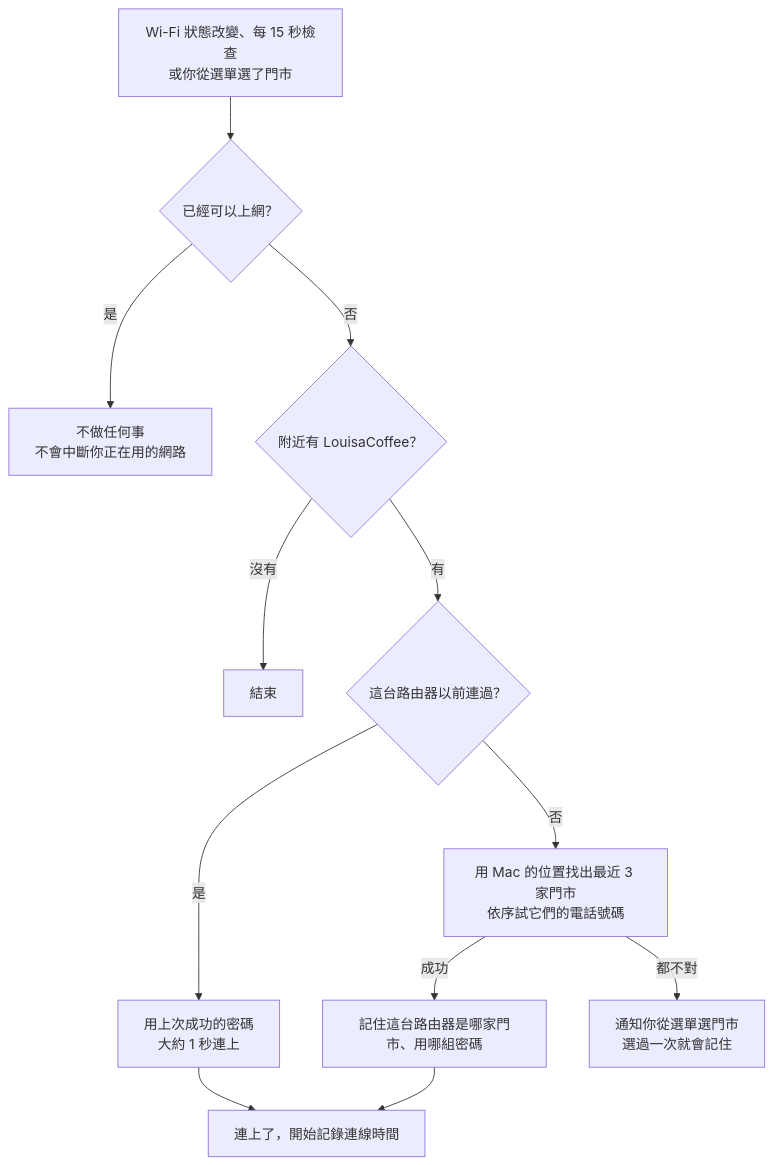
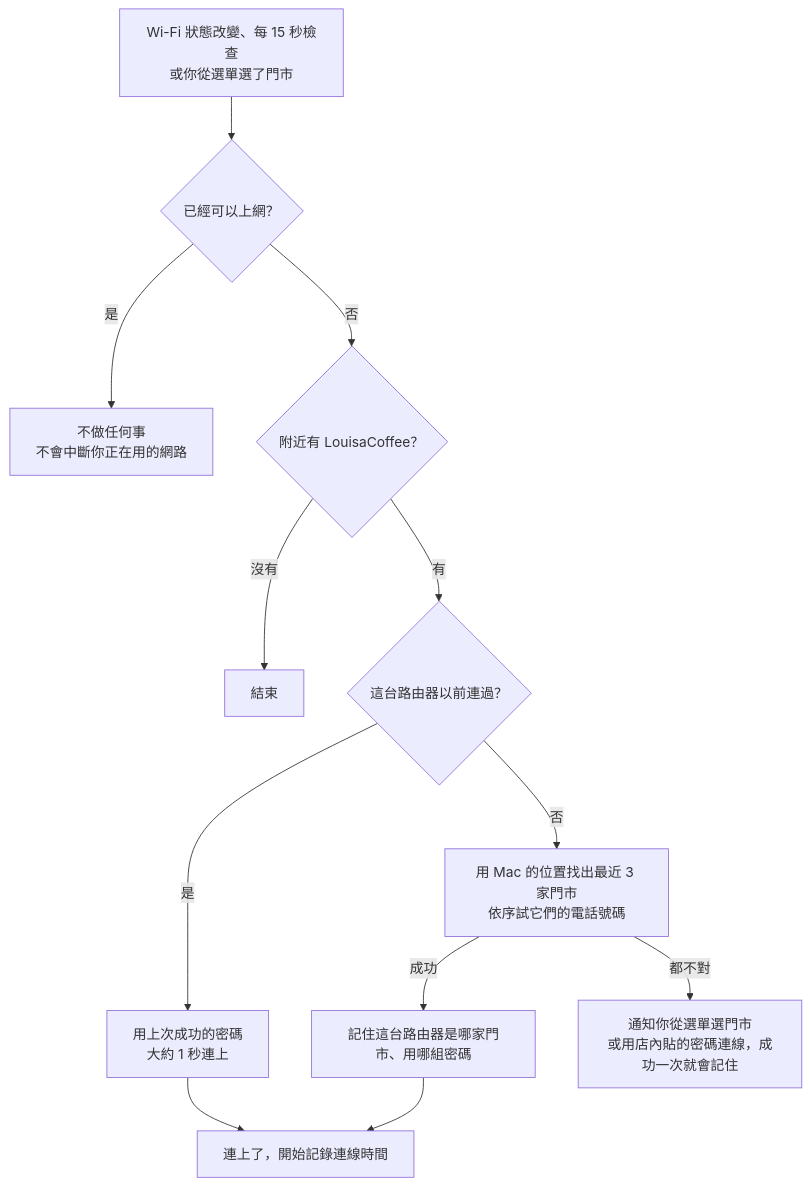
The diagram in README.md (JackChen890311/louisa-wifi), drawn with Mermaid before and after one commit. The commit also changed other lines of this file and 2 other files, not shown here.

````diff
--- a/README.md
+++ b/README.md
@@ -86,14 +89,14 @@
 ```mermaid
 flowchart TD
     A["Wi-Fi 狀態改變、每 15 秒檢查<br/>或你從選單選了門市"] --> B{"已經可以上網？"}
     B -->|是| Z["不做任何事<br/>不會中斷你正在用的網路"]
     B -->|否| C{"附近有 LouisaCoffee？"}
     C -->|沒有| Z2["結束"]
     C -->|有| D{"這台路由器以前連過？"}
     D -->|是| E["用上次成功的密碼<br/>大約 1 秒連上"]
     D -->|否| F["用 Mac 的位置找出最近 3 家門市<br/>依序試它們的電話號碼"]
     F -->|成功| G["記住這台路由器是哪家門市、用哪組密碼"]
-    F -->|都不對| I["通知你從選單選門市<br/>選過一次就會記住"]
+    F -->|都不對| I["通知你從選單選門市<br/>或用店內貼的密碼連線，成功一次就會記住"]
     E --> H["連上了，開始記錄連線時間"]
     G --> H
 ```
````
